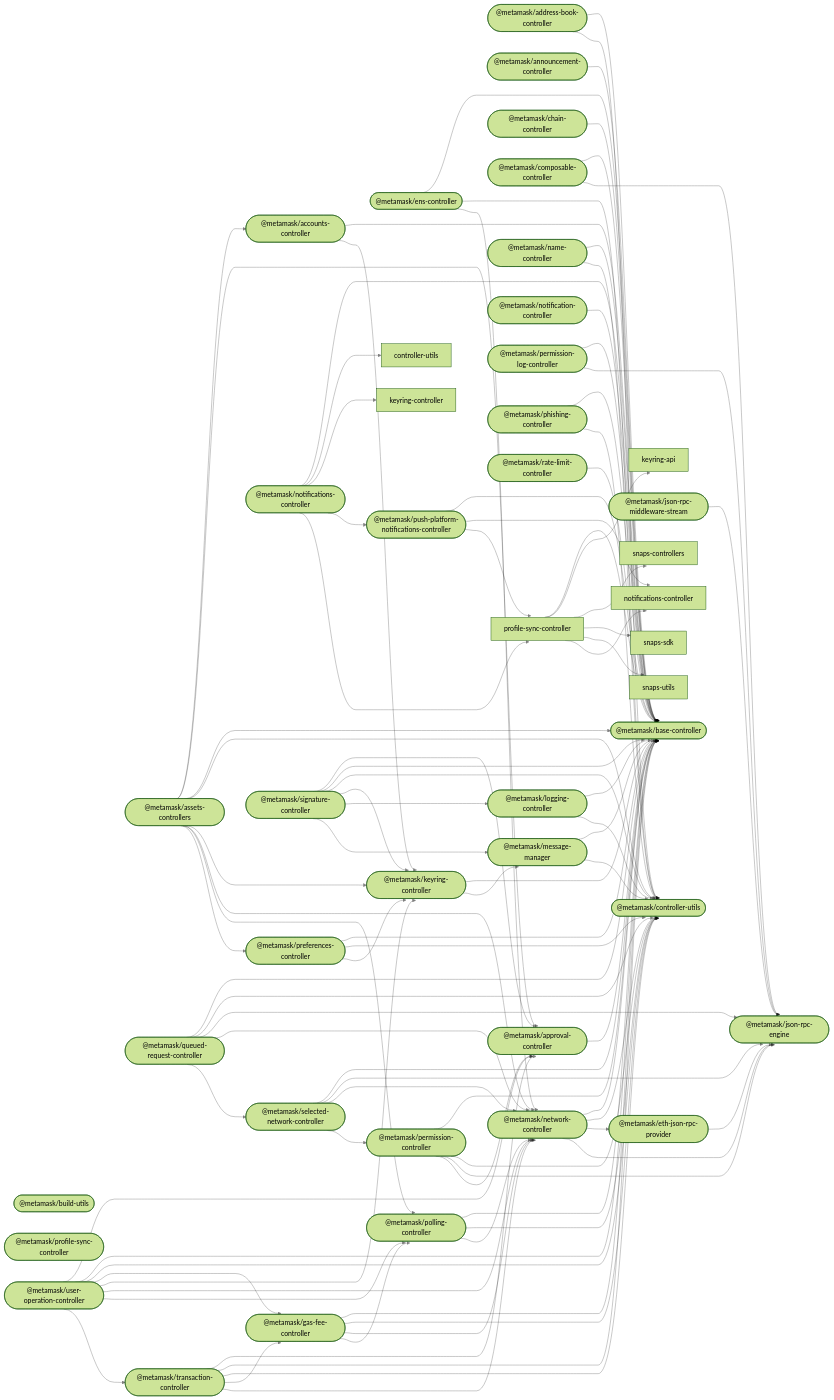
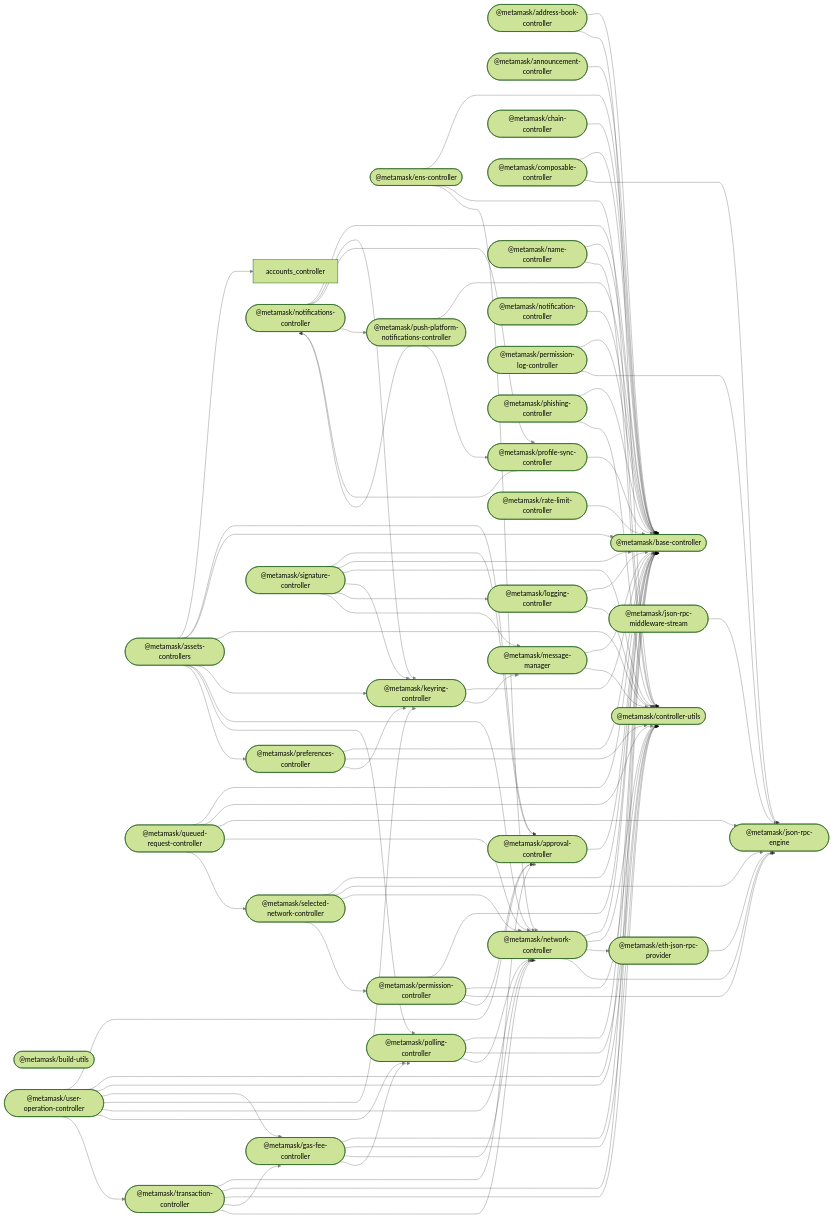
Before and after one commit to MetaMask/core: the diagram in README.md, drawn with Mermaid (forest theme). The commit also changed other lines of this file, not shown here.

Commit message:
chore: update README dependency tree

```diff
--- a/README.md
+++ b/README.md
@@ -54,7 +53,6 @@
 %%{ init: { 'flowchart': { 'curve': 'bumpX' } } }%%
 graph LR;
 linkStyle default opacity:0.5
-  accounts_controller(["@metamask/accounts-controller"]);
   address_book_controller(["@metamask/address-book-controller"]);
   announcement_controller(["@metamask/announcement-controller"]);
   approval_controller(["@metamask/approval-controller"]);
@@ -80,17 +78,15 @@
   permission_log_controller(["@metamask/permission-log-controller"]);
   phishing_controller(["@metamask/phishing-controller"]);
   polling_controller(["@metamask/polling-controller"]);
-  push-platform-notifications-controller(["@metamask/push-platform-notifications-controller"]);
   preferences_controller(["@metamask/preferences-controller"]);
   profile_sync_controller(["@metamask/profile-sync-controller"]);
+  push_platform_notifications_controller(["@metamask/push-platform-notifications-controller"]);
   queued_request_controller(["@metamask/queued-request-controller"]);
   rate_limit_controller(["@metamask/rate-limit-controller"]);
   selected_network_controller(["@metamask/selected-network-controller"]);
   signature_controller(["@metamask/signature-controller"]);
   transaction_controller(["@metamask/transaction-controller"]);
   user_operation_controller(["@metamask/user-operation-controller"]);
-  accounts_controller --> base_controller;
-  accounts_controller --> keyring_controller;
   address_book_controller --> base_controller;
   address_book_controller --> controller_utils;
   announcement_controller --> base_controller;
@@ -129,10 +125,9 @@
   network_controller --> json_rpc_engine;
   notification_controller --> base_controller;
   notifications_controller --> base_controller;
-  notifications_controller --> controller-utils;
-  notifications_controller --> keyring-controller;
-  notifications_controller --> push-platform-notifications-controller;
-  notifications_controller --> profile-sync-controller;
+  notifications_controller --> keyring_controller;
+  notifications_controller --> profile_sync_controller;
+  notifications_controller --> push_platform_notifications_controller;
   permission_controller --> base_controller;
   permission_controller --> controller_utils;
   permission_controller --> json_rpc_engine;
@@ -147,15 +142,11 @@
   preferences_controller --> base_controller;
   preferences_controller --> controller_utils;
   preferences_controller --> keyring_controller;
-  profile-sync-controller --> base_controller;
-  profile-sync-controller --> keyring-api;
-  profile-sync-controller --> snaps-controllers;
-  profile-sync-controller --> snaps-sdk;
-  profile-sync-controller --> snaps-utils;
-  profile-sync-controller --> notifications-controller;
-  push-platform-notifications-controller --> base_controller;
-  push-platform-notifications-controller --> notifications-controller;
-  push-platform-notifications-controller --> profile-sync-controller;
+  profile_sync_controller --> base_controller;
+  profile_sync_controller --> notifications_controller;
+  push_platform_notifications_controller --> base_controller;
+  push_platform_notifications_controller --> notifications_controller;
+  push_platform_notifications_controller --> profile_sync_controller;
   queued_request_controller --> base_controller;
   queued_request_controller --> controller_utils;
   queued_request_controller --> json_rpc_engine;
```
